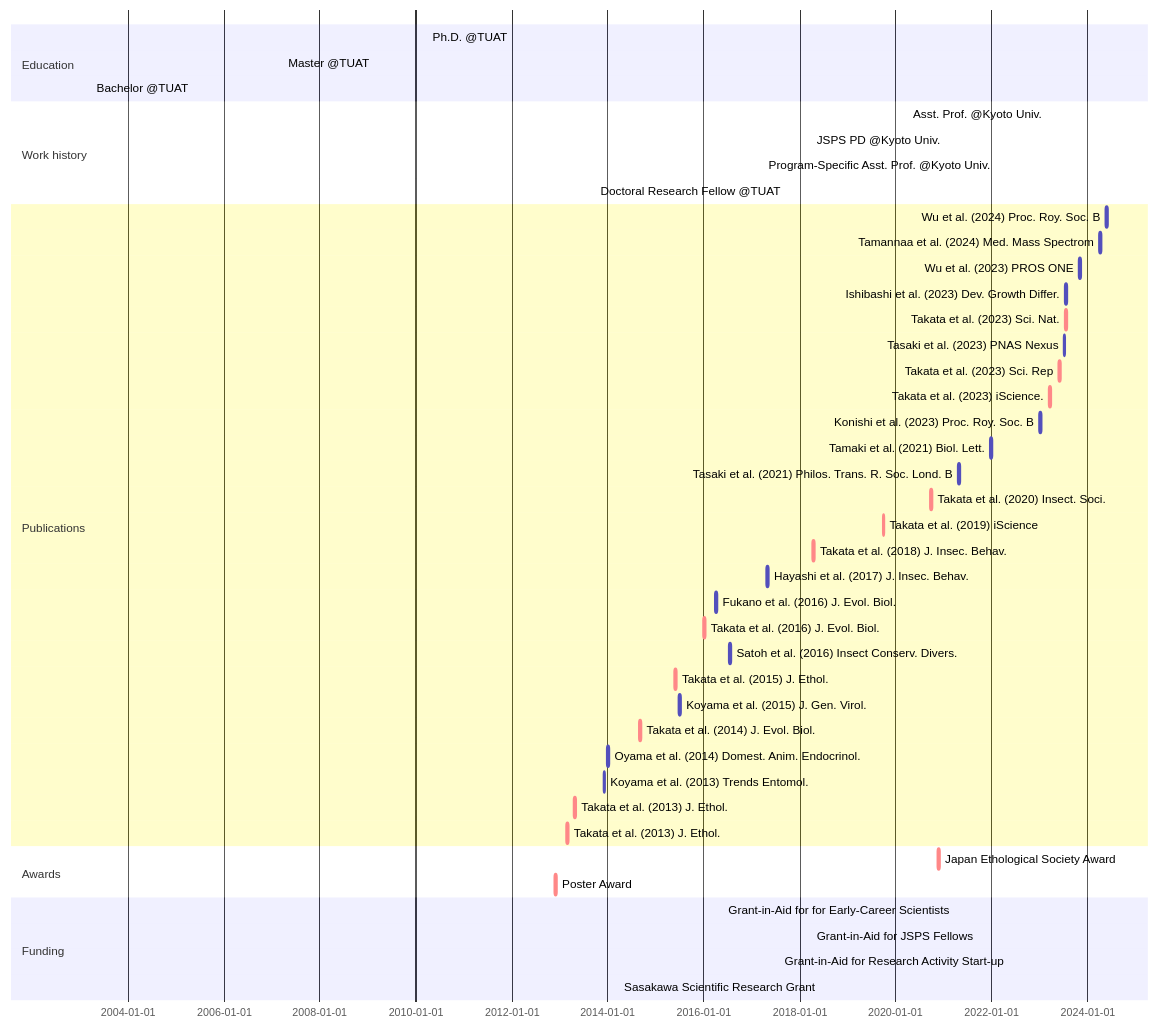
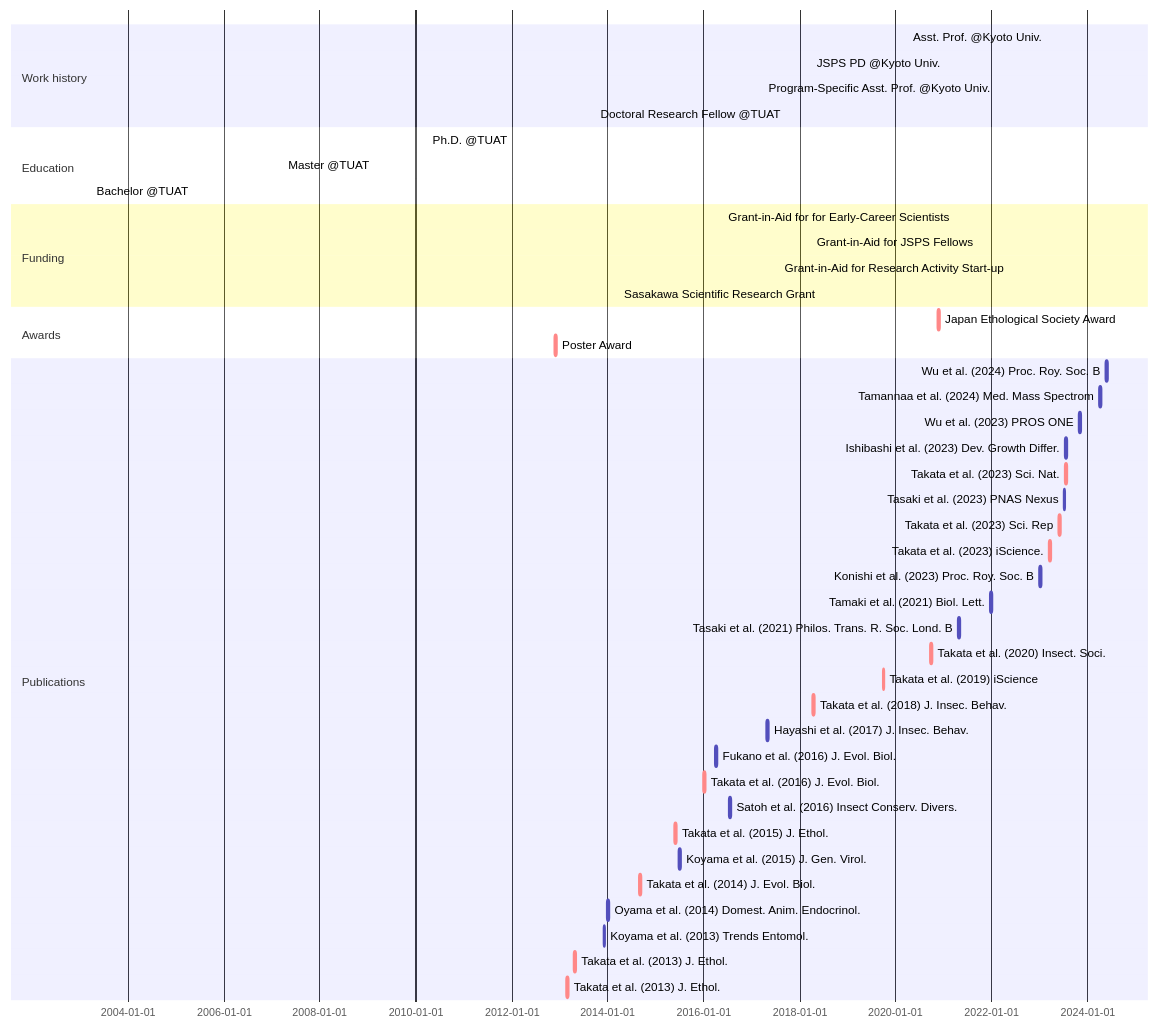
One commit to MamoruTakata/MamoruTakata.github.io changed the diagram in _includes/mermaid-cv.md. Above: the diagram before and after it, drawn with Mermaid.

````diff
--- a/_includes/mermaid-cv.md
+++ b/_includes/mermaid-cv.md
@@ -1,47 +1,50 @@
 ```mermaid
 gantt
+section Work history
+  Asst. Prof. @Kyoto Univ.                      : active, Asst. Prof., 2020-04-01, 2026-03-31
+  JSPS PD @Kyoto Univ.                          : active, PD, 2018-04-01, 2020-03-31
+  Program-Specific Asst. Prof. @Kyoto Univ.     : active, Program-Specific Asst. Prof., 2017-04-01, 2018-03-31
+  Doctoral Research Fellow @TUAT                : active, Program-Specific Asst. Prof., 2013-10-01, 2017-03-31
+
 section Education
   Ph.D. @TUAT    : Ph.D., 2010-04-01, 2013-09-18
   Master @TUAT   : MS, 2007-04-01, 2010-03-31
   Bachelor @TUAT : BS, 2003-04-01, 2007-03-31
 
-section Work history
-  Asst. Prof. @Kyoto Univ.                      : active, Asst. Prof., 2020-04-01, 2026-03-31
-  JSPS PD @Kyoto Univ.                          : active, PD, 2018-04-01, 2020-03-31
-  Program-Specific Asst. Prof. @Kyoto Univ.     : active, Program-Specific Asst. Prof., 2017-04-01, 2018-03-31
-  Doctoral Research Fellow @TUAT                : active, Program-Specific Asst. Prof., 2013-10-01, 2017-03-31
+section Funding
+  Grant-in-Aid for for Early-Career Scientists  : active, grant_young, 2021-04-01, 2026-03-31
+  Grant-in-Aid for JSPS Fellows                 : active, grant_PD, 2018-04-01, 2021-03-31
+  Grant-in-Aid for Research Activity Start-up   : active, grant_start, 2017-08-01, 2018-03-31
+  Sasakawa Scientific Research Grant            : active, grant_Sasagawa, 2014-04-01, 2015-03-31
+
+section Awards
+  Japan Ethological Society Award               : crit, aw_2, 2020-11-21, 2w
+  Poster Award                                  : crit, aw_1, 2012-11-24, 2w
+
 section Publications
   Wu et al. (2024) Proc. Roy. Soc. B            :       Wu et al. 2024, 2024-05-22, 2w
   Tamannaa et al. (2024) Med. Mass Spectrom     :       Tamannaa et al. 2024, 2024-04-01, 2w
   Wu et al. (2023) PROS ONE                     :       Wu et al. 2023, 2023-11-02, 2w
   Ishibashi et al. (2023) Dev. Growth Differ.   :       Ishibashi et al. 2023, 2023-07-18, 2w
   Takata et al. (2023) Sci. Nat.                : crit, Takata et al. 2023c, 2023-07-17, 2w
   Tasaki et al. (2023) PNAS Nexus               :       Tasaki et al. 2023, 2023-07-04, 2w
   Takata et al. (2023) Sci. Rep                 : crit, Takata et al. 2023b, 2023-05-31, 2w
   Takata et al. (2023) iScience.                : crit, Takata et al. 2023a, 2023-03-17, 2w
   Konishi et al. (2023) Proc. Roy. Soc. B       :       Konishi et al. 2023, 2023-01-04, 2w
   Tamaki et al. (2021) Biol. Lett.              :       Tamaki et al. 2021, 2021-12-22, 2w
   Tasaki et al. (2021) Philos. Trans. R. Soc. Lond. B : Tasaki et al. 2021, 2021-04-26, 2w
   Takata et al. (2020) Insect. Soci.            : crit, Takata et al. 2020, 2020-09-22, 2w
   Takata et al. (2019) iScience                 : crit, Takata et al. 2019, 2019-09-27, 2w
   Takata et al. (2018) J. Insec. Behav.         : crit, Takata et al. 2018, 2018-04-14, 2w
   Hayashi et al. (2017) J. Insec. Behav.        :       Hayashi et al. 2017, 2017-04-29, 2w
   Fukano et al. (2016) J. Evol. Biol.           :       Fukano et al. 2016, 2016-04-01, 2w
   Takata et al. (2016) J. Evol. Biol.           : crit, Takata et al. 2016, 2016-01-01, 2w
   Satoh et al. (2016) Insect Conserv. Divers.   :       Satoh et al. 2016, 2016-07-16, 2w
   Takata et al. (2015) J. Ethol.                : crit, Takata et al. 2015, 2015-05-28, 2w
   Koyama et al. (2015) J. Gen. Virol.           :       Koyama et al. 2015, 2015-07-01, 2w
   Takata et al. (2014) J. Evol. Biol.           : crit, Takata et al. 2014, 2014-09-01, 2w
   Oyama et al. (2014) Domest. Anim. Endocrinol. :       Oyama et al. 2014, 2014-01-01, 2w
   Koyama et al. (2013) Trends Entomol.          :       Koyama et al. 2013, 2013-12-01, 2w
   Takata et al. (2013) J. Ethol.                : crit, Takata et al. 2015b, 2013-04-21, 2w
   Takata et al. (2013) J. Ethol.                : crit, Takata et al. 2015a, 2013-02-23, 2w
-section Awards
-  Japan Ethological Society Award               : crit, aw_2, 2020-11-21, 2w
-  Poster Award                                  : crit, aw_1, 2012-11-24, 2w
-section Funding
-  Grant-in-Aid for for Early-Career Scientists  : active, grant_young, 2021-04-01, 2026-03-31
-  Grant-in-Aid for JSPS Fellows                 : active, grant_PD, 2018-04-01, 2021-03-31
-  Grant-in-Aid for Research Activity Start-up   : active, grant_start, 2017-08-01, 2018-03-31
-  Sasakawa Scientific Research Grant            : active, grant_Sasagawa, 2014-04-01, 2015-03-31
 ```
````
